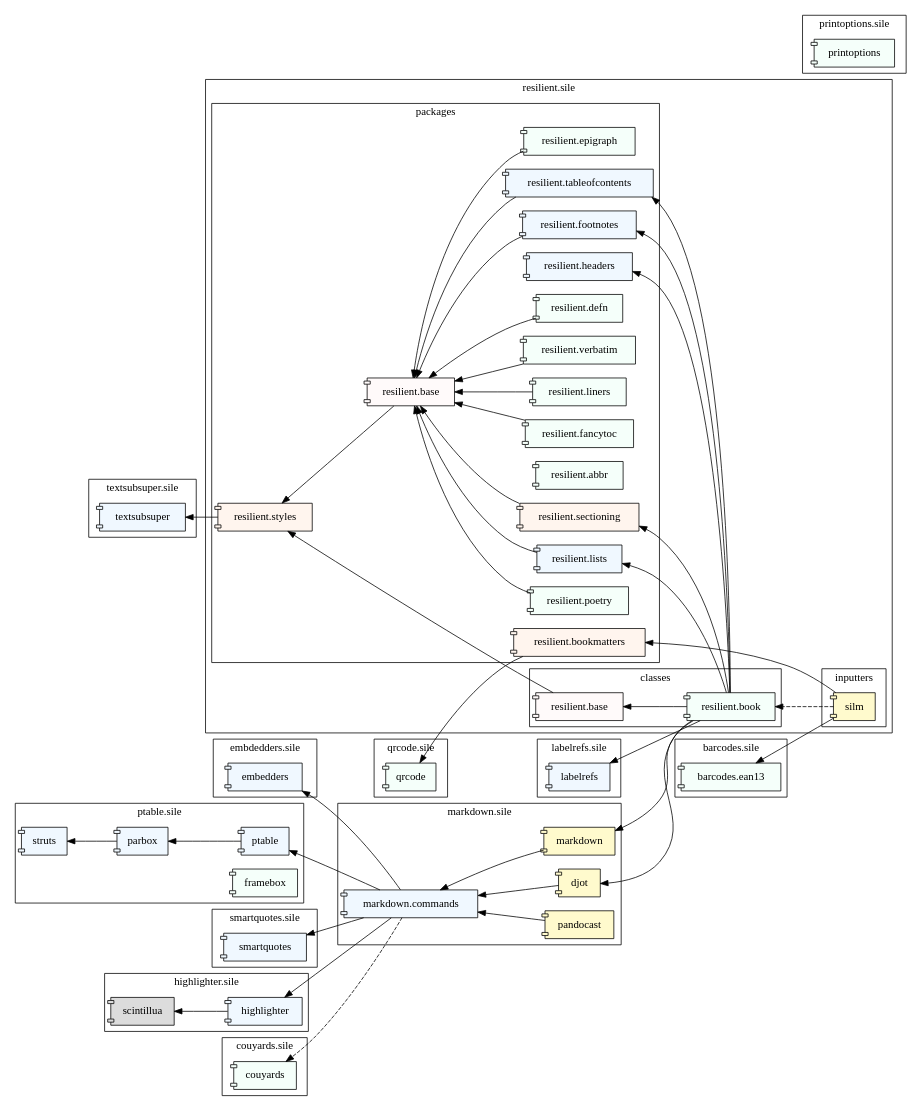
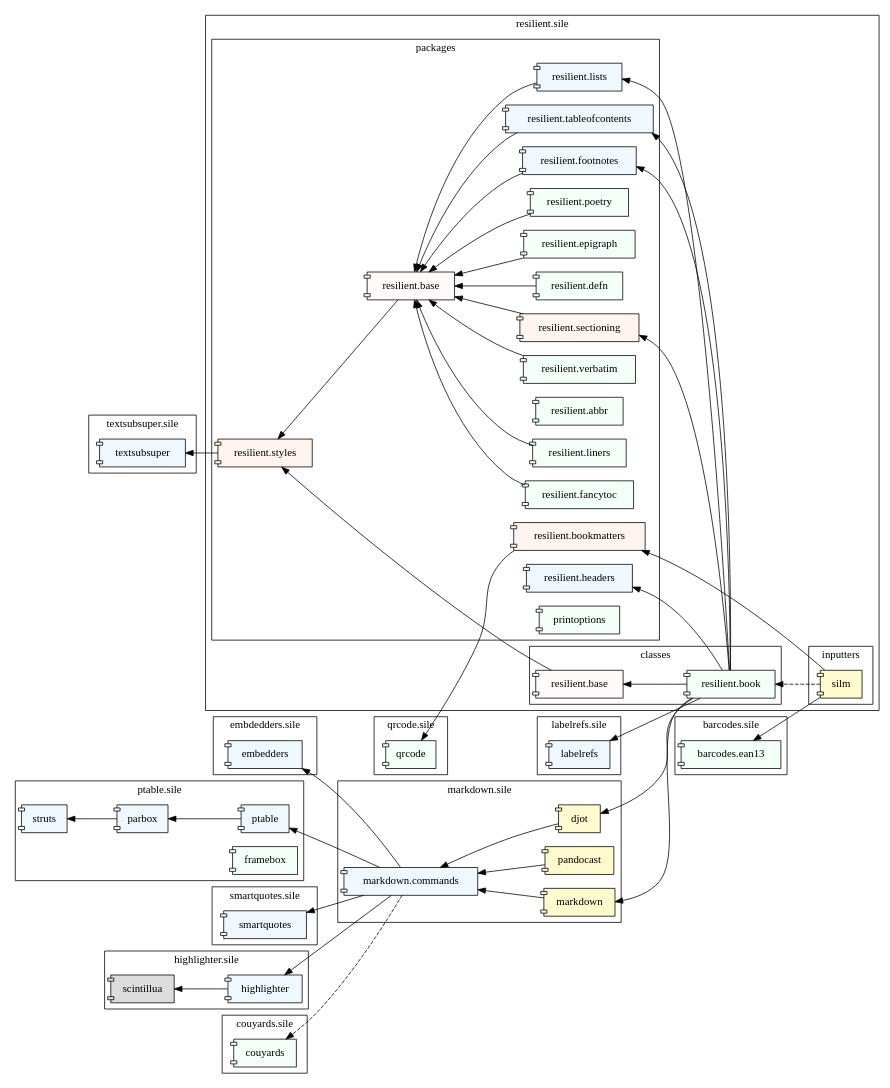
The diagram in examples/resilient-ecosystem.dot (Omikhleia/resilient.sile), drawn with Graphviz before and after one commit. The commit also changed 8 other files, not shown here.

```diff
--- a/examples/resilient-ecosystem.dot
+++ b/examples/resilient-ecosystem.dot
@@ -1,161 +1,156 @@
 digraph omikhleia {
   rankdir=RL;
 
   subgraph cluster_embedders {
     label = "embdedders.sile";
 
     embedders [shape=component,style=filled,fillcolor=aliceblue]
   }
 
   subgraph cluster_ptable {
     label = "ptable.sile";
 
     ptable [shape=component,style=filled,fillcolor=aliceblue]
     parbox [shape=component,style=filled,fillcolor=aliceblue]
     struts [shape=component,style=filled,fillcolor=aliceblue]
 
     framebox [shape=component,style=filled,fillcolor=mintcream]
 
     ptable -> parbox
     parbox -> struts
   }
 
   subgraph cluster_textsubsuper {
     label = "textsubsuper.sile";
 
     textsubsuper [shape=component,style=filled,fillcolor=aliceblue]
   }
   subgraph cluster_qrcode {
     label = "qrcode.sile";
 
     qrcode [shape=component,style=filled,fillcolor=mintcream]
   }
 
   subgraph cluster_labelrefs {
     label = "labelrefs.sile";
 
     labelrefs [shape=component,style=filled,fillcolor=aliceblue]
   }
 
   subgraph cluster_resilient {
     label = "resilient.sile";
 
     subgraph cluster_resilient_cls {
       label = "classes";
 
       cbase [shape=component,style=filled,fillcolor=snow,label="resilient.base"]
       book [shape=component,style=filled,fillcolor=mintcream,label="resilient.book"]
 
       book -> cbase
     }
     subgraph cluster_resilient_pkg {
       label = "packages";
 
       pbase [shape=component,style=filled,fillcolor=snow,label="resilient.base"]
 
       tableofcontents [shape=component,style=filled,fillcolor=aliceblue,label="resilient.tableofcontents"]
       footnotes [shape=component,style=filled,fillcolor=aliceblue,label="resilient.footnotes"]
       headers [shape=component,style=filled,fillcolor=aliceblue,label="resilient.headers"]
 
       sectioning [shape=component,style=filled,fillcolor=seashell,label="resilient.sectioning"]
       styles [shape=component,style=filled,fillcolor=seashell,label="resilient.styles"]
       bookmatters [shape=component,style=filled,fillcolor=seashell,label="resilient.bookmatters"]
 
       lists [shape=component,style=filled,fillcolor=aliceblue,label="resilient.lists"]
 
       poetry [shape=component,style=filled,fillcolor=mintcream,label="resilient.poetry"]
       epigraph [shape=component,style=filled,fillcolor=mintcream,label="resilient.epigraph"]
       abbr [shape=component,style=filled,fillcolor=mintcream,label="resilient.abbr"]
       defn [shape=component,style=filled,fillcolor=mintcream,label="resilient.defn"]
       verbatim [shape=component,style=filled,fillcolor=mintcream,label="resilient.verbatim"]
       liners [shape=component,style=filled,fillcolor=mintcream,label="resilient.liners"]
       fancytoc [shape=component,style=filled,fillcolor=mintcream, label="resilient.fancytoc"]
-
+      printoptions [shape=component,style=filled,fillcolor=mintcream]
+ 
       cbase -> styles
       pbase -> styles
       styles -> textsubsuper
       bookmatters -> qrcode
 
       book -> tableofcontents
       book -> footnotes
       book -> headers
       book -> sectioning
       book -> labelrefs
       book -> lists
 
       epigraph -> pbase
       footnotes -> pbase
       lists -> pbase
       poetry -> pbase
       sectioning -> pbase
       tableofcontents -> pbase
       defn -> pbase
       verbatim -> pbase
       liners -> pbase
       fancytoc -> pbase
     }
     subgraph cluster_resilient_ins {
       label = "inputters";
 
       silm [shape=component,style=filled,fillcolor=lemonchiffon,label="silm"]
       silm -> book [style=dashed]
       silm -> bookmatters
     }
 
   }
 
   subgraph cluster_smartquotes {
     label = "smartquotes.sile";
 
     smartquotes [shape=component,style=filled,fillcolor=aliceblue]
   }
 
   subgraph cluster_highlighter {
     label = "highlighter.sile";
 
     highlighter [shape=component,style=filled,fillcolor=aliceblue]
     scintillua [shape=component,style=filled,fillcolor=gainsboro,label="scintillua"]
 
     highlighter -> scintillua
   }
 
   subgraph cluster_markdown {
     label = "markdown.sile";
 
     markdown [shape=component,style=filled,fillcolor=lemonchiffon]
     djot [shape=component,style=filled,fillcolor=lemonchiffon]
     pandocast [shape=component,style=filled,fillcolor=lemonchiffon]
     markcmd [shape=component,style=filled,fillcolor=aliceblue,label="markdown.commands"]
 
     markdown -> markcmd
     djot -> markcmd
     pandocast -> markcmd
 
     book -> markdown
     book -> djot
     markcmd -> ptable
     markcmd -> embedders
     markcmd -> smartquotes
     markcmd -> highlighter
   }
 
   subgraph cluster_couyards {
     label = "couyards.sile";
 
     couyards [shape=component,style=filled,fillcolor=mintcream]
     markcmd -> couyards [style=dashed]
   }
 
   subgraph cluster_barcodes {
     label = "barcodes.sile";
 
     barcodes [shape=component,style=filled,fillcolor=mintcream,label="barcodes.ean13"]
-  }
-
-subgraph cluster_printoptions {
-    label = "printoptions.sile";
-
-    printoptions [shape=component,style=filled,fillcolor=mintcream]
     silm -> barcodes
   }
 }
```
